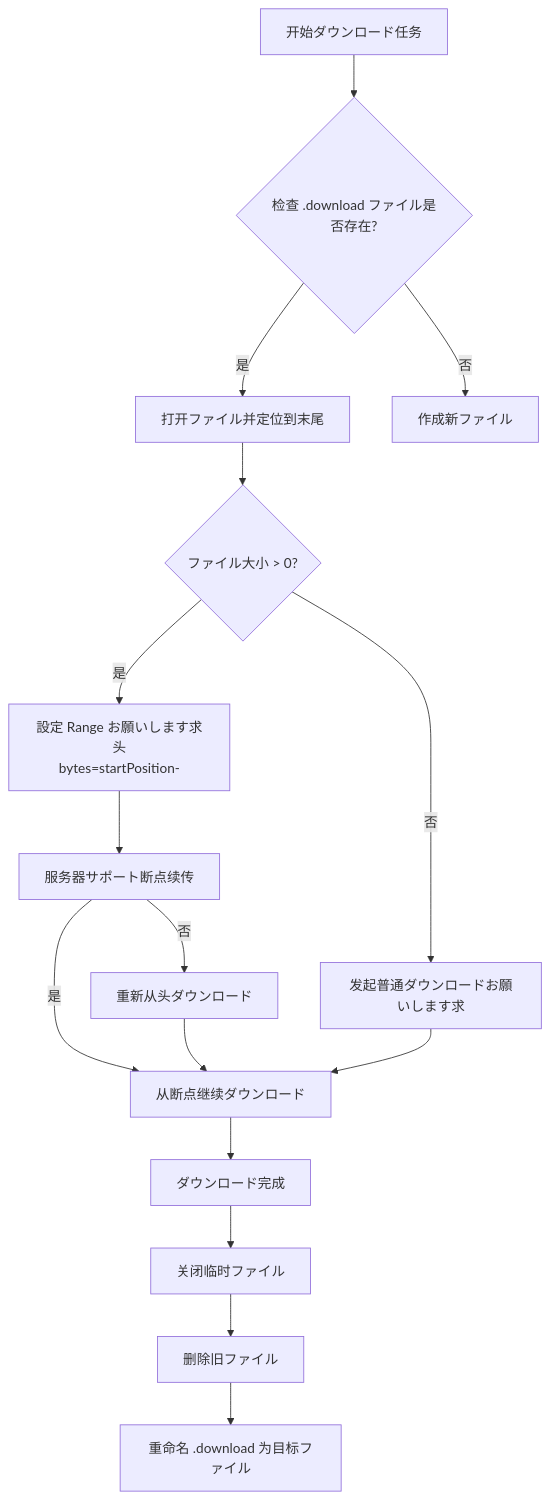
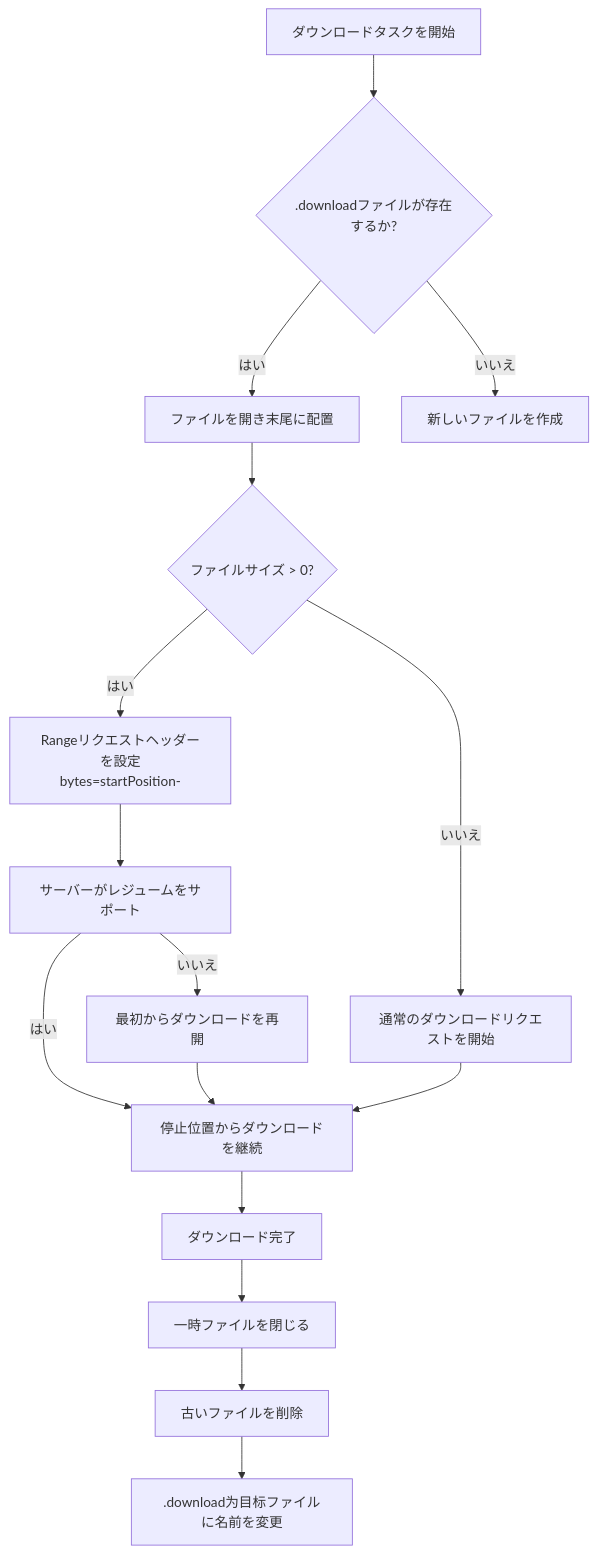
The fourth of 5 diagrams in docs/ja/client/unity/component/download/05.architecture.md (AlianBlank/GameFrameX.Docs), drawn with Mermaid before and after one commit. The commit also changed other lines of this file and 320 other files, not shown here.

````diff
--- a/docs/ja/client/unity/component/download/05.architecture.md
+++ b/docs/ja/client/unity/component/download/05.architecture.md
@@ -245,22 +245,22 @@
 ```mermaid
 flowchart TD
-    A[开始ダウンロード任务] --> B{检查 .download ファイル是否存在?}
-    B -->|是| C[打开ファイル并定位到末尾]
-    B -->|否| D[作成新ファイル]
-    
-    C --> E{ファイル大小 > 0?}
-    E -->|是| F[設定 Range お願いします求头<br/>bytes=startPosition-]
-    E -->|否| G[发起普通ダウンロードお願いします求]
-    
-    F --> H[服务器サポート断点续传]
-    H -->|是| I[从断点继续ダウンロード]
-    H -->|否| J[重新从头ダウンロード]
-    
+    A[ダウンロードタスクを開始] --> B{.downloadファイルが存在するか?}
+    B -->|はい| C[ファイルを開き末尾に配置]
+    B -->|いいえ| D[新しいファイルを作成]
+
+    C --> E{ファイルサイズ > 0?}
+    E -->|はい| F[Rangeリクエストヘッダーを設定<br/>bytes=startPosition-]
+    E -->|いいえ| G[通常のダウンロードリクエストを開始]
+
+    F --> H[サーバーがレジュームをサポート]
+    H -->|はい| I[停止位置からダウンロードを継続]
+    H -->|いいえ| J[最初からダウンロードを再開]
+
     G --> I
     J --> I
-    
-    I --> K[ダウンロード完成]
-    K --> L[关闭临时ファイル]
-    L --> M[删除旧ファイル]
-    M --> N[重命名 .download 为目标ファイル]
+
+    I --> K[ダウンロード完了]
+    K --> L[一時ファイルを閉じる]
+    L --> M[古いファイルを削除]
+    M --> N[.download为目标ファイルに名前を変更]
 ```
````
